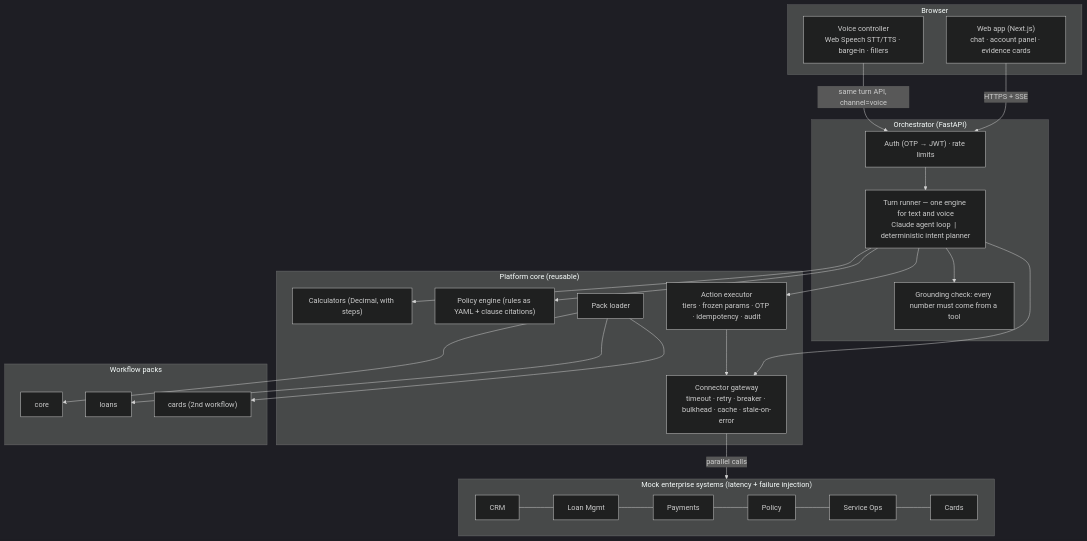
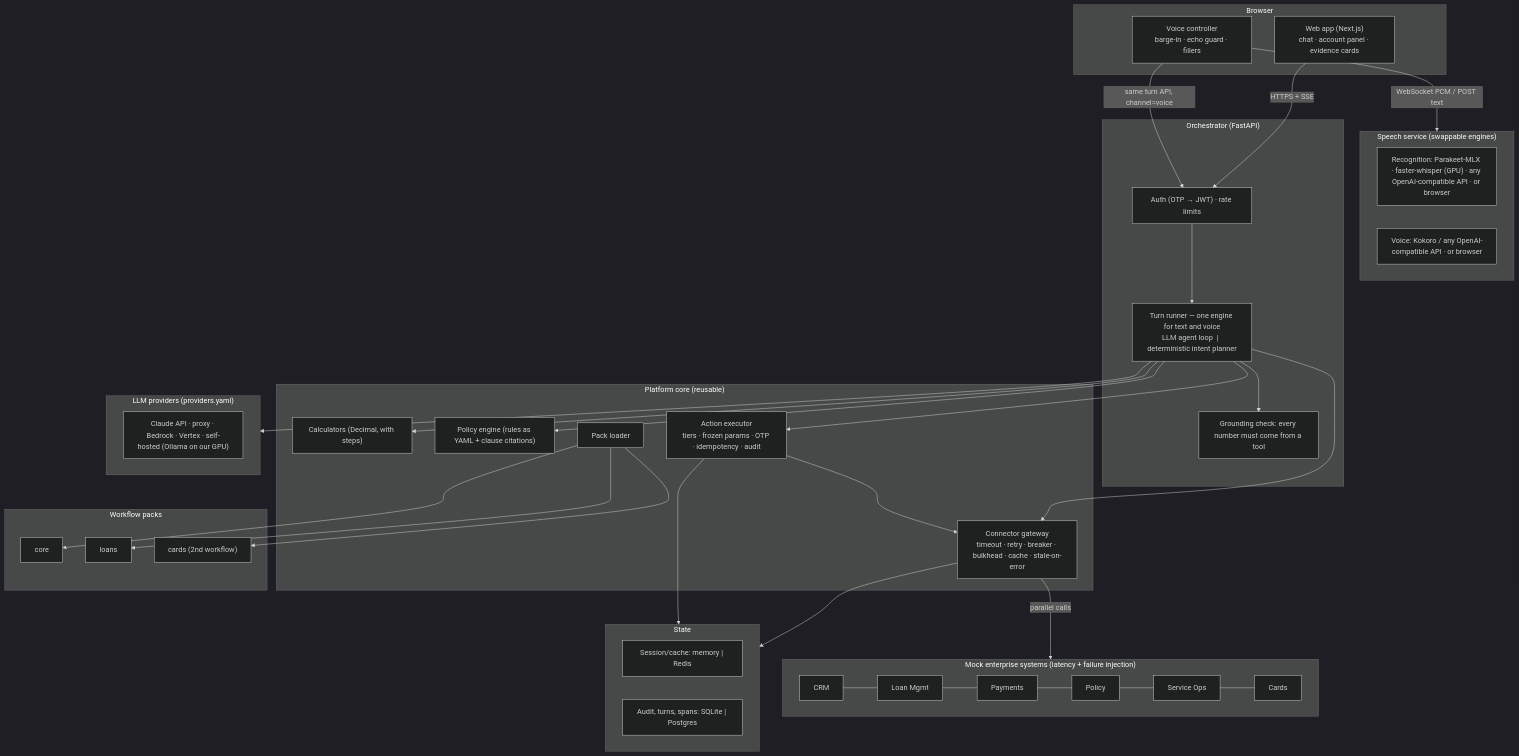
The diagram in ARCHITECTURE.md (Vishalan/northstar-loan-assistant), drawn with Mermaid (dark theme) before and after one commit. The commit also changed other lines of this file and 9 other files, not shown here.

First line of the commit message:
Self-hosted GPU stack, new measurements and updated docs

````diff
--- a/ARCHITECTURE.md
+++ b/ARCHITECTURE.md
@@ -8,34 +11,48 @@
 ```mermaid
 flowchart TB
   subgraph Client["Browser"]
     W["Web app (Next.js)<br/>chat · account panel · evidence cards"]
-    V["Voice controller<br/>Web Speech STT/TTS · barge-in · fillers"]
+    V["Voice controller<br/>barge-in · echo guard · fillers"]
+  end
+  subgraph Speech["Speech service (swappable engines)"]
+    STT["Recognition: Parakeet-MLX · faster-whisper (GPU) · any OpenAI-compatible API · or browser"]
+    TTS["Voice: Kokoro / any OpenAI-compatible API · or browser"]
   end
   subgraph Orch["Orchestrator (FastAPI)"]
     G["Auth (OTP → JWT) · rate limits"]
-    T["Turn runner — one engine for text and voice<br/>Claude agent loop  |  deterministic intent planner"]
+    T["Turn runner — one engine for text and voice<br/>LLM agent loop  |  deterministic intent planner"]
     GC["Grounding check: every number must come from a tool"]
   end
   subgraph Core["Platform core (reusable)"]
     CG["Connector gateway<br/>timeout · retry · breaker · bulkhead · cache · stale-on-error"]
     CA["Calculators (Decimal, with steps)"]
     PE["Policy engine (rules as YAML + clause citations)"]
     AE["Action executor<br/>tiers · frozen params · OTP · idempotency · audit"]
     PL["Pack loader"]
   end
   subgraph Packs["Workflow packs"]
     P0["core"]
     P1["loans"]
     P2["cards (2nd workflow)"]
   end
   subgraph Sys["Mock enterprise systems (latency + failure injection)"]
     S1[CRM] --- S2[Loan Mgmt] --- S3[Payments] --- S4[Policy] --- S5[Service Ops] --- S6[Cards]
   end
+  subgraph LLM["LLM providers (providers.yaml)"]
+    L1["Claude API · proxy · Bedrock · Vertex · self-hosted (Ollama on our GPU)"]
+  end
+  subgraph State["State"]
+    R["Session/cache: memory | Redis"]
+    D["Audit, turns, spans: SQLite | Postgres"]
+  end
   W -- "HTTPS + SSE" --> G --> T
   V -- "same turn API, channel=voice" --> G
+  V -- "WebSocket PCM / POST text" --> Speech
+  T --> LLM
+  CG & AE --> State
   T --> CG & CA & PE & AE
   T --> GC
   PL --> P0 & P1 & P2
   CG -- "parallel calls" --> Sys
   AE --> CG
 ```
````
